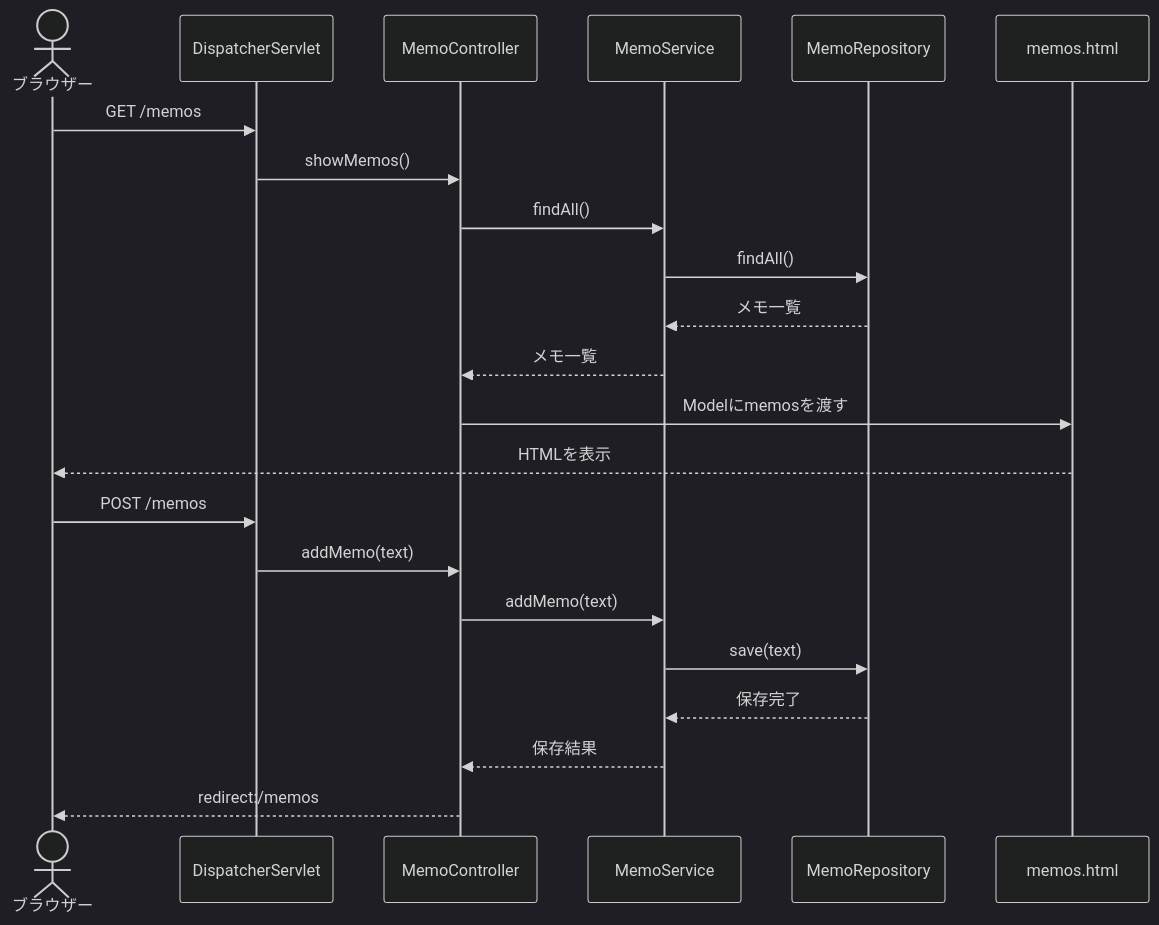
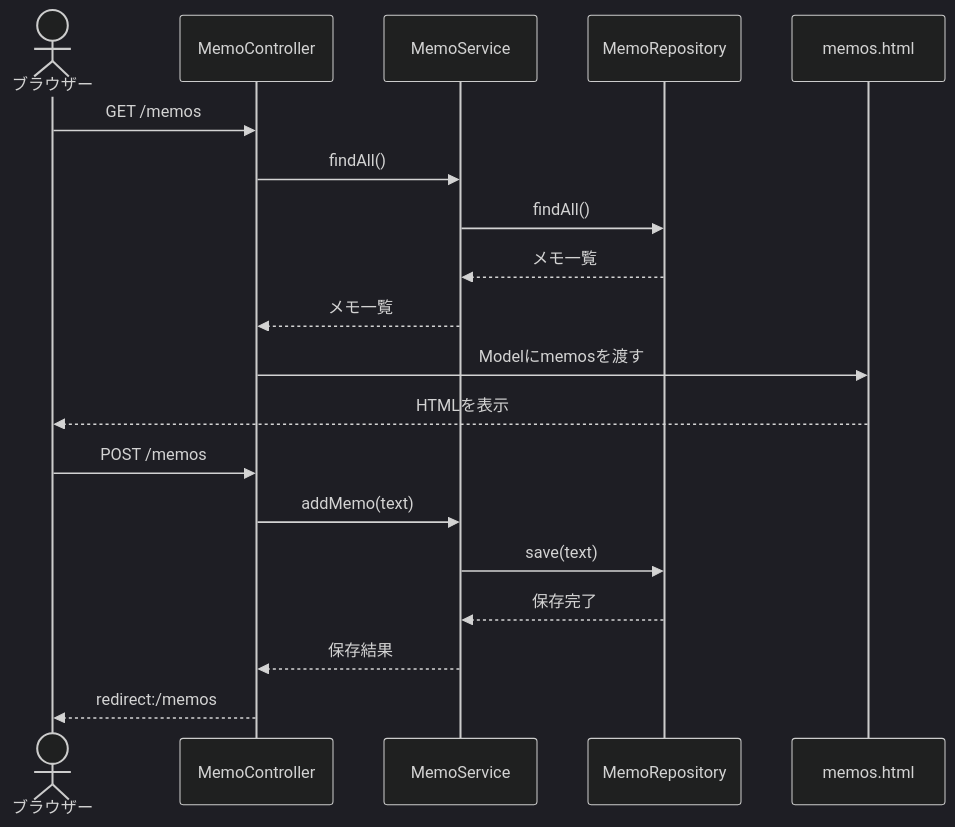
The second of 2 diagrams in MVC/SpringBoot構成MVC解説.md (TakuyaFukumura/software-design-learning), drawn with Mermaid (dark theme) before and after one commit. The commit also changed other lines of this file, not shown here.

Commit message:
docs: simplify DispatcherServlet explanation

````diff
--- a/MVC/SpringBoot構成MVC解説.md
+++ b/MVC/SpringBoot構成MVC解説.md
@@ -358,26 +360,23 @@
 ```mermaid
 sequenceDiagram
     actor User as ブラウザー
-    participant D as DispatcherServlet
     participant C as MemoController
     participant S as MemoService
     participant R as MemoRepository
     participant V as memos.html
 
-    User->>D: GET /memos
-    D->>C: showMemos()
+    User->>C: GET /memos
     C->>S: findAll()
     S->>R: findAll()
     R-->>S: メモ一覧
     S-->>C: メモ一覧
     C->>V: Modelにmemosを渡す
     V-->>User: HTMLを表示
 
-    User->>D: POST /memos
-    D->>C: addMemo(text)
+    User->>C: POST /memos
     C->>S: addMemo(text)
     S->>R: save(text)
     R-->>S: 保存完了
     S-->>C: 保存結果
     C-->>User: redirect:/memos
 ```
````
